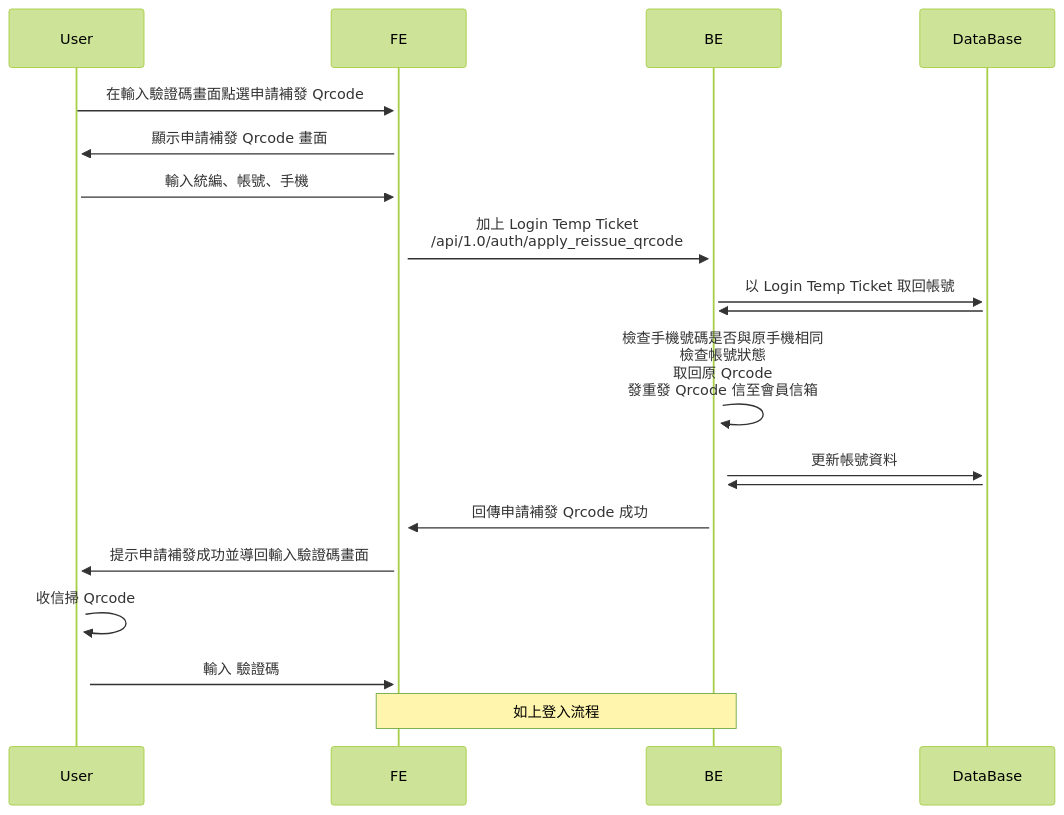
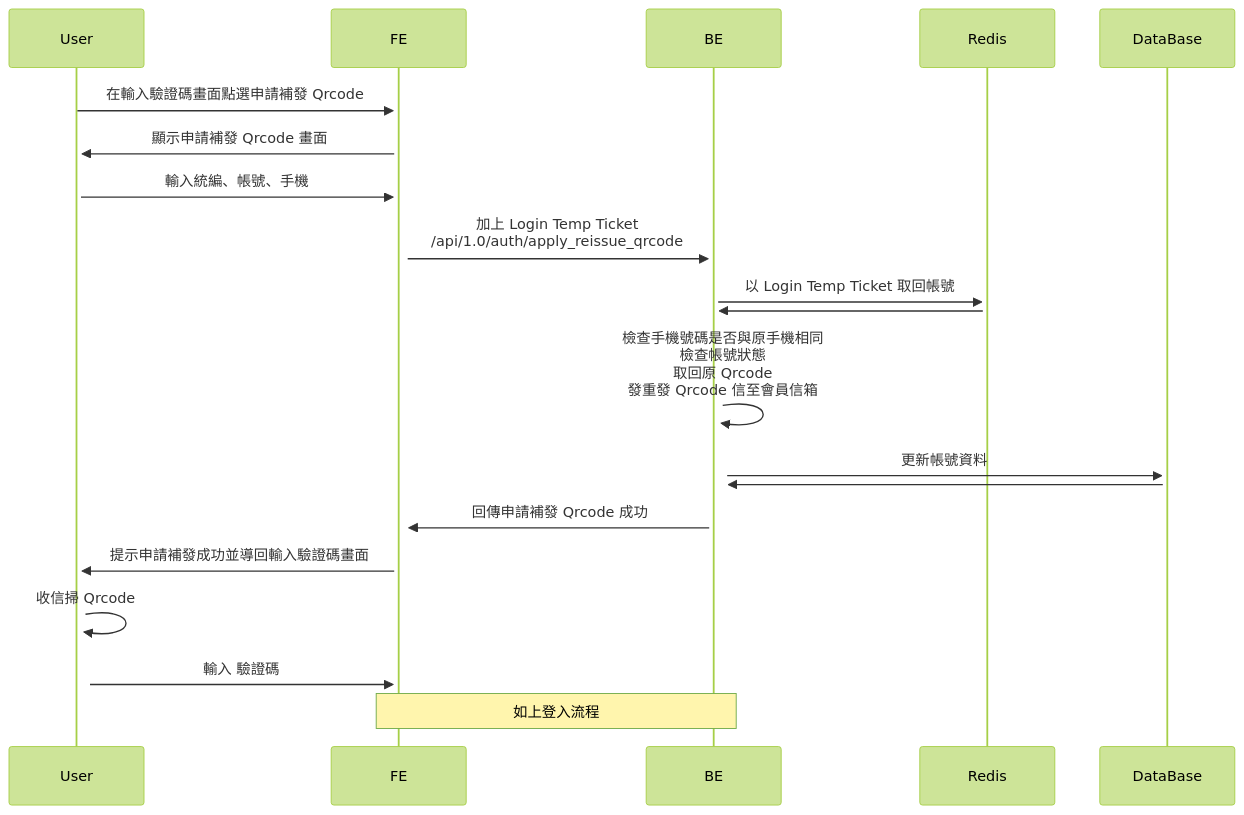
The second of 3 diagrams in System_Design/login.md (thunderstormwang/CodingNote), drawn with Mermaid (forest theme) before and after one commit. The commit also changed other lines of this file and 1 other file, not shown here.

````diff
--- a/System_Design/login.md
+++ b/System_Design/login.md
@@ -56,22 +61,23 @@
 ```mermaid
 sequenceDiagram
 participant User
 participant FE
 participant BE
+participant Redis
 participant DataBase
 
 User ->>+ FE: 在輸入驗證碼畫面點選申請補發 Qrcode
 FE ->>+ User: 顯示申請補發 Qrcode 畫面
 User ->>+ FE: 輸入統編、帳號、手機
 FE ->>+ BE: 加上 Login Temp Ticket<br/>/api/1.0/auth/apply_reissue_qrcode
-BE ->>+ DataBase: 以 Login Temp Ticket 取回帳號
-DataBase ->>+ BE: 
+BE ->>+ Redis: 以 Login Temp Ticket 取回帳號
+Redis ->>+ BE: 
 BE ->>+ BE: 檢查手機號碼是否與原手機相同<br/>檢查帳號狀態<br/>取回原 Qrcode<br/>發重發 Qrcode 信至會員信箱
 BE ->>+ DataBase: 更新帳號資料
 DataBase ->>+ BE: 
 BE ->>+ FE: 回傳申請補發 Qrcode 成功
 FE ->>+ User: 提示申請補發成功並導回輸入驗證碼畫面
 User ->>+ User: 收信掃 Qrcode
 User ->>+ FE: 輸入 驗證碼
 Note over FE, BE: 如上登入流程
 ```
````
